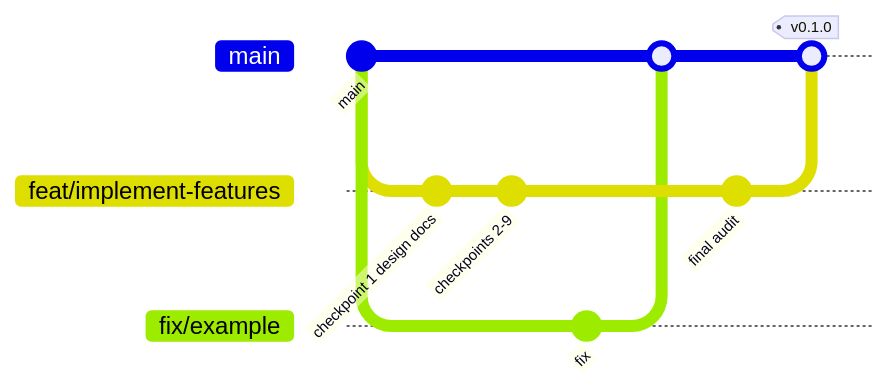
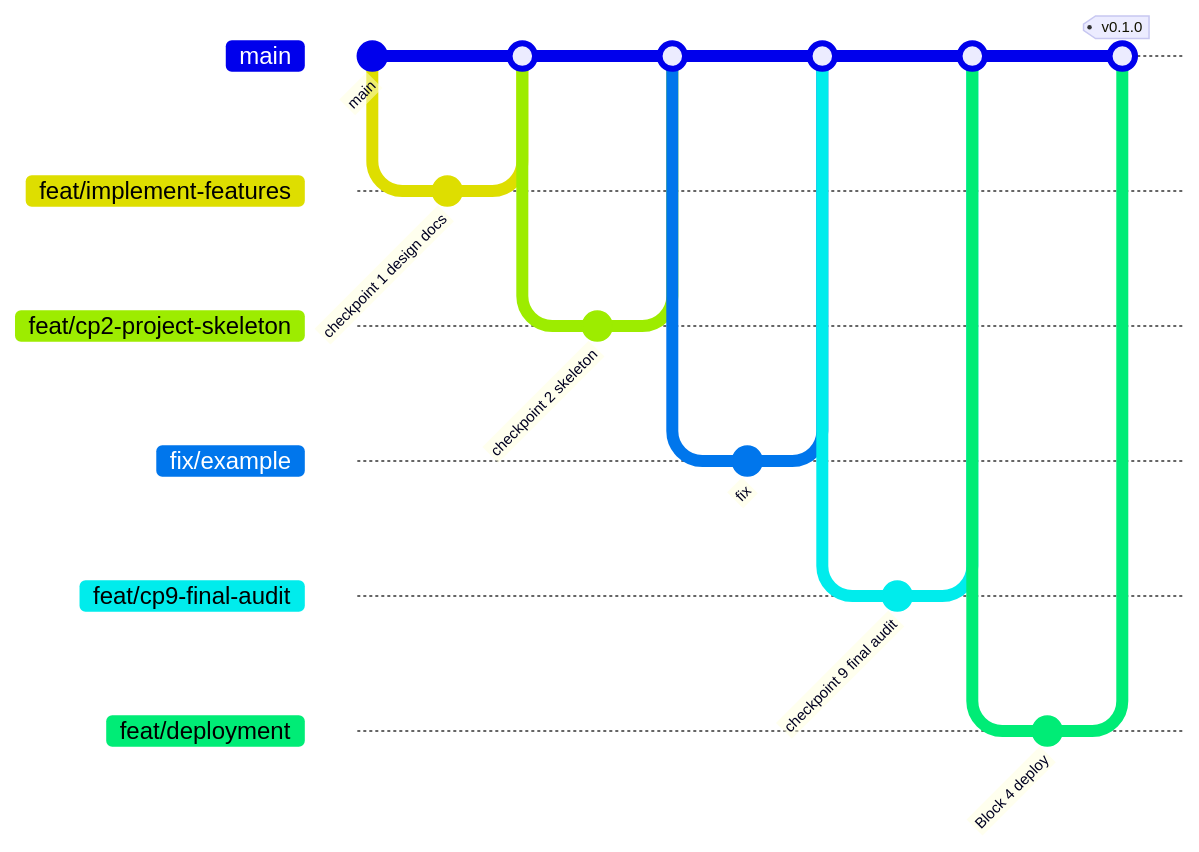
The second of 4 diagrams in docs/design/Deployment_Architecture.md (EchoWellApp/echowell), drawn with Mermaid before and after one commit. The commit also changed other lines of this file and 63 other files, not shown here.

````diff
--- a/docs/design/Deployment_Architecture.md
+++ b/docs/design/Deployment_Architecture.md
@@ -74,16 +74,24 @@
 ```mermaid
 gitGraph
   commit id: "main"
   branch feat/implement-features
   commit id: "checkpoint 1 design docs"
-  commit id: "checkpoints 2-9"
   checkout main
+  merge feat/implement-features
+  branch feat/cp2-project-skeleton
+  commit id: "checkpoint 2 skeleton"
+  checkout main
+  merge feat/cp2-project-skeleton
   branch fix/example
   commit id: "fix"
   checkout main
   merge fix/example
-  checkout feat/implement-features
-  commit id: "final audit"
+  branch feat/cp9-final-audit
+  commit id: "checkpoint 9 final audit"
   checkout main
-  merge feat/implement-features tag: "v0.1.0"
+  merge feat/cp9-final-audit
+  branch feat/deployment
+  commit id: "Block 4 deploy"
+  checkout main
+  merge feat/deployment tag: "v0.1.0"
 ```
````
